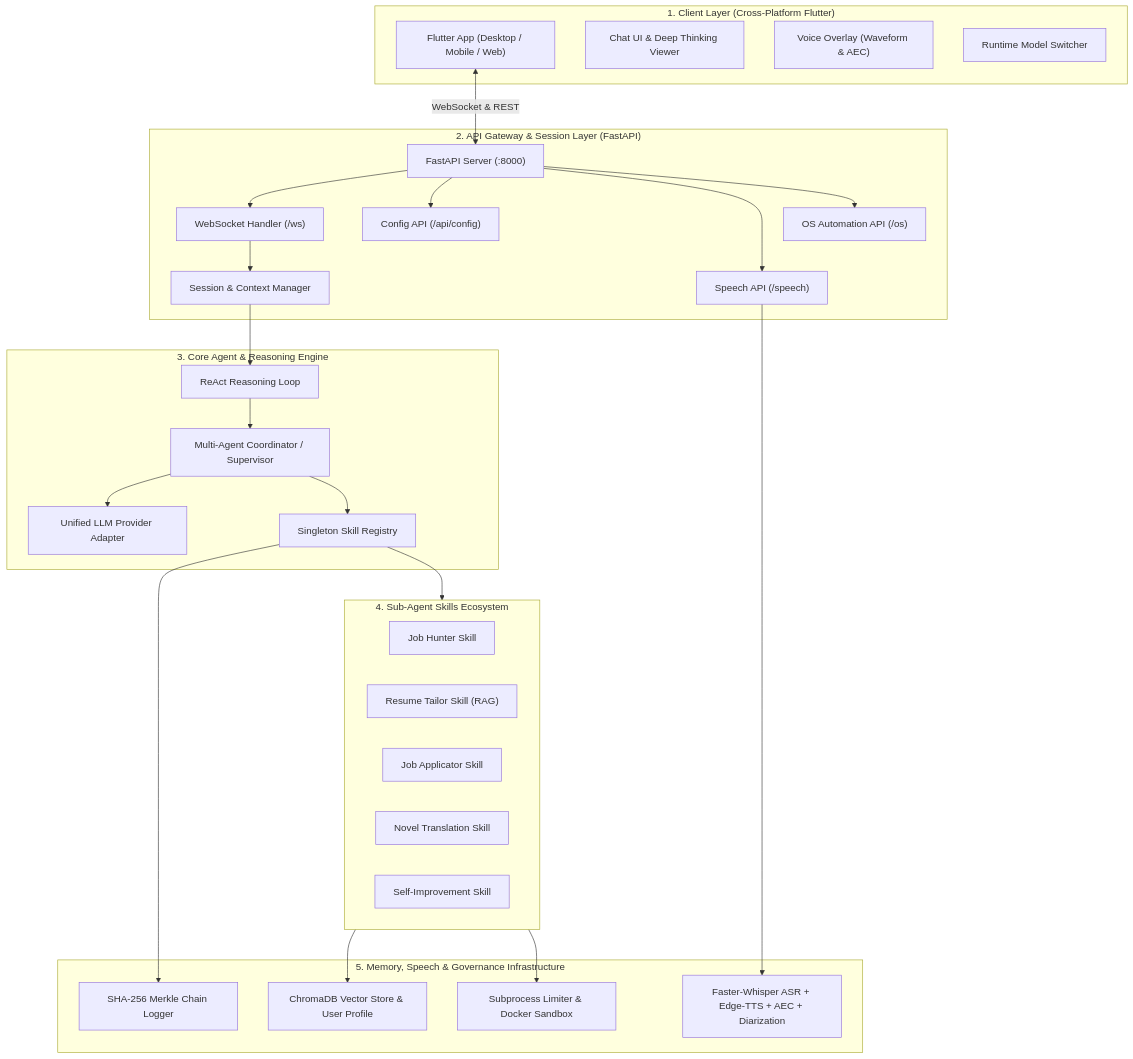
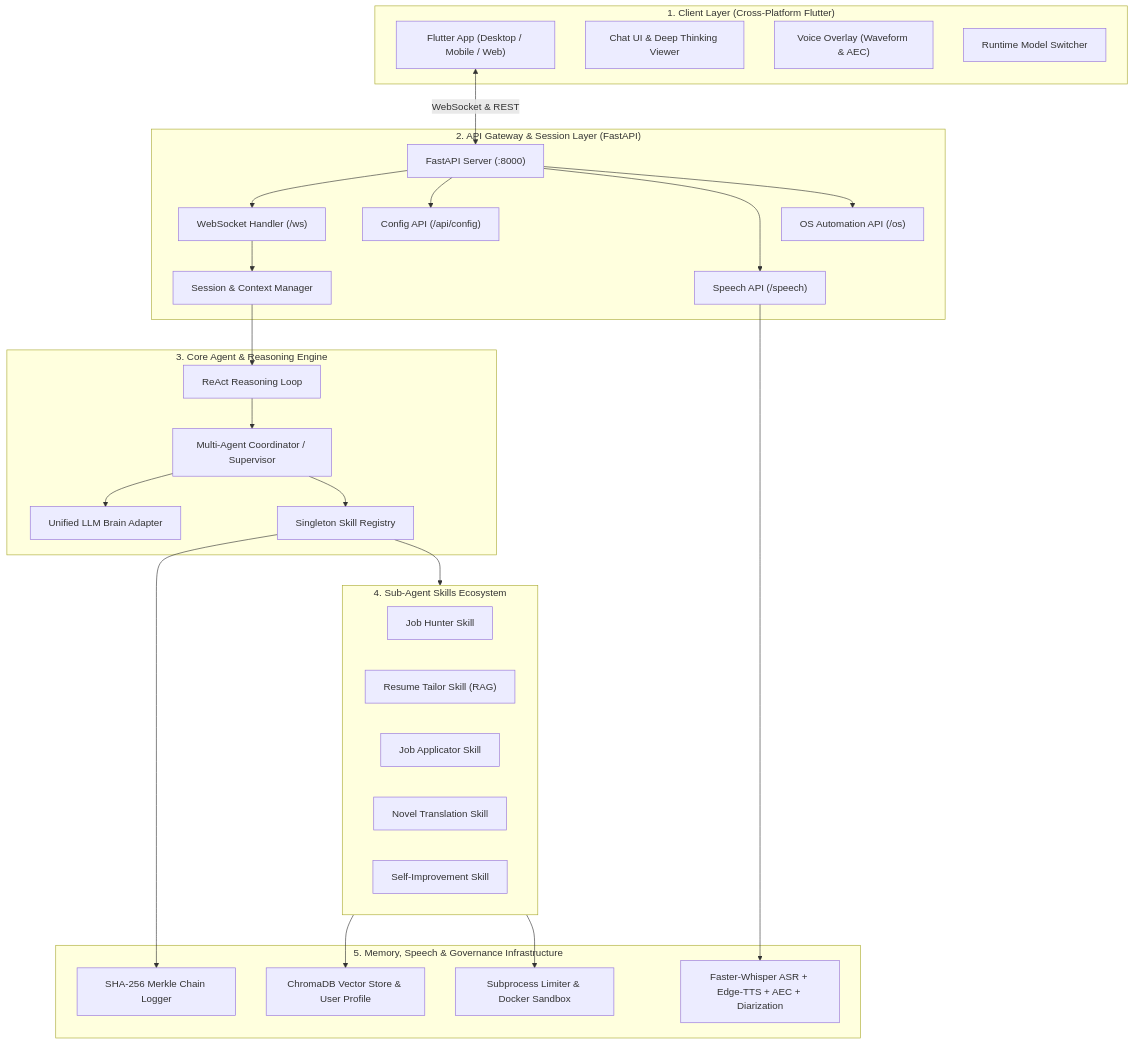
The diagram in docs/architecture.md (Kennny7/Thanatos), drawn with Mermaid before and after one commit. The commit also changed other lines of this file, not shown here.

Commit message:
fix: standardize Table of Contents header and update terminology in architecture documentation

````diff
--- a/docs/architecture.md
+++ b/docs/architecture.md
@@ -40,51 +40,51 @@
 ```mermaid
 flowchart TB
     subgraph ClientLayer ["1. Client Layer (Cross-Platform Flutter)"]
         FlutterApp["Flutter App (Desktop / Mobile / Web)"]
         ChatScreen["Chat UI & Deep Thinking Viewer"]
         VoiceVisualizer["Voice Overlay (Waveform & AEC)"]
         SettingsScreen["Runtime Model Switcher"]
     end
 
     subgraph GatewayLayer ["2. API Gateway & Session Layer (FastAPI)"]
         MainApp["FastAPI Server (:8000)"]
         WSRoute["WebSocket Handler (/ws)"]
         ConfigRoute["Config API (/api/config)"]
         SpeechRoute["Speech API (/speech)"]
         OSRoute["OS Automation API (/os)"]
         SessionMgr["Session & Context Manager"]
     end
 
     subgraph CoreEngine ["3. Core Agent & Reasoning Engine"]
         AgentLoop["ReAct Reasoning Loop"]
         Coordinator["Multi-Agent Coordinator / Supervisor"]
-        UnifiedProvider["Unified LLM Provider Adapter"]
+        UnifiedProvider["Unified LLM Brain Adapter"]
         SkillRegistry["Singleton Skill Registry"]
     end
 
     subgraph SubAgentSkills ["4. Sub-Agent Skills Ecosystem"]
         JobHunter["Job Hunter Skill"]
         ResumeTailor["Resume Tailor Skill (RAG)"]
         JobApplicator["Job Applicator Skill"]
         NovelAgent["Novel Translation Skill"]
         SelfImprovement["Self-Improvement Skill"]
     end
 
     subgraph InfrastructureLayer ["5. Memory, Speech & Governance Infrastructure"]
         VectorMemory["ChromaDB Vector Store & User Profile"]
         SpeechEngine["Faster-Whisper ASR + Edge-TTS + AEC + Diarization"]
         Sandbox["Subprocess Limiter & Docker Sandbox"]
         AuditChain["SHA-256 Merkle Chain Logger"]
     end
 
     FlutterApp <-->|WebSocket & REST| MainApp
     MainApp --> WSRoute & ConfigRoute & SpeechRoute & OSRoute
     WSRoute --> SessionMgr --> AgentLoop
     AgentLoop --> Coordinator
     Coordinator --> UnifiedProvider
     Coordinator --> SkillRegistry --> SubAgentSkills
     SubAgentSkills --> VectorMemory
     SpeechRoute --> SpeechEngine
     SubAgentSkills --> Sandbox
     SkillRegistry --> AuditChain
 ```
````
